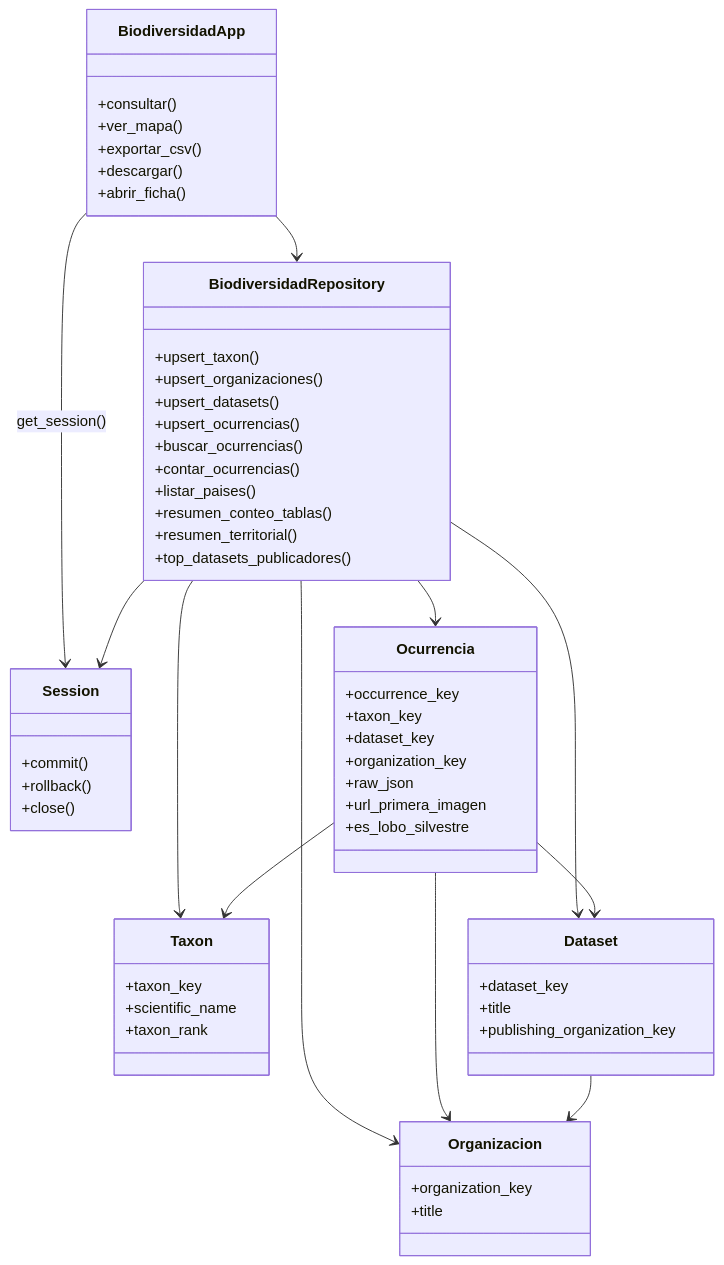
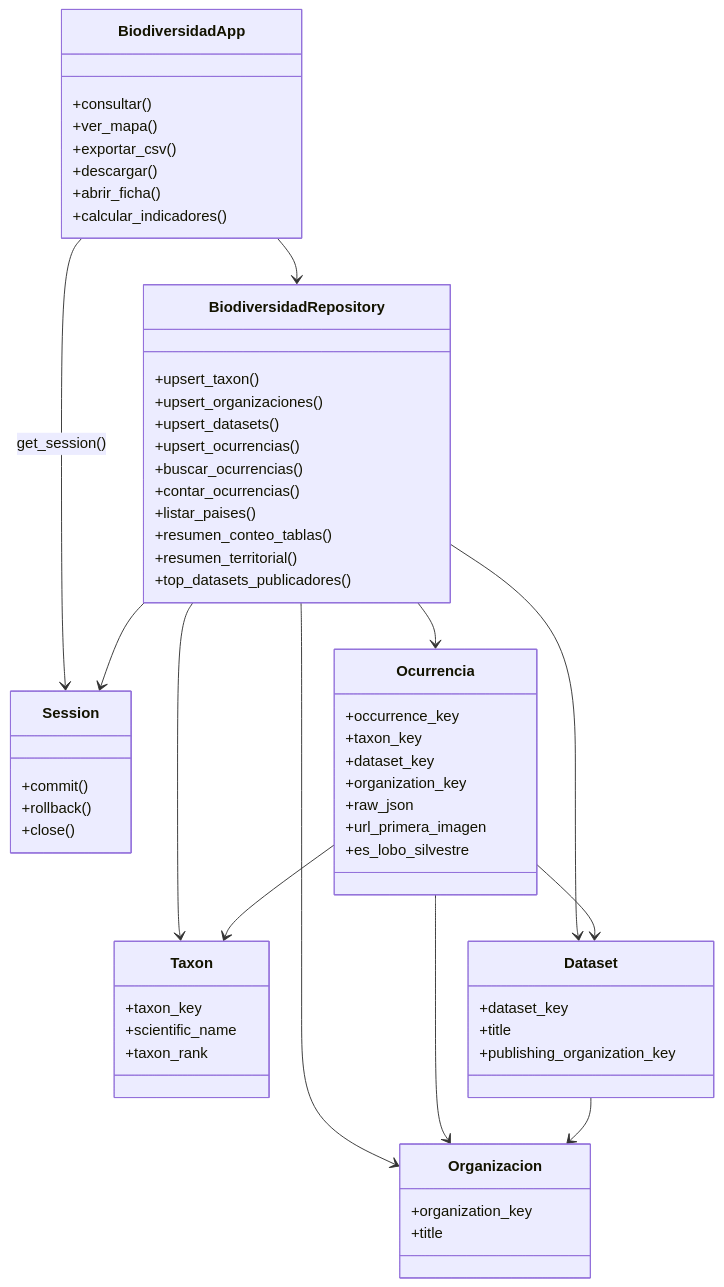
The fourth of 10 diagrams in docs/UML.md (gracobjo/biodiversidad), drawn with Mermaid before and after one commit. The commit also changed other lines of this file and 9 other files, not shown here.

````diff
--- a/docs/UML.md
+++ b/docs/UML.md
@@ -168,62 +169,63 @@
 ```mermaid
 classDiagram
   class BiodiversidadApp {
     +consultar()
     +ver_mapa()
     +exportar_csv()
     +descargar()
     +abrir_ficha()
+    +calcular_indicadores()
   }
   class Session {
     +commit()
     +rollback()
     +close()
   }
   class BiodiversidadRepository {
     +upsert_taxon()
     +upsert_organizaciones()
     +upsert_datasets()
     +upsert_ocurrencias()
     +buscar_ocurrencias()
     +contar_ocurrencias()
     +listar_paises()
     +resumen_conteo_tablas()
     +resumen_territorial()
     +top_datasets_publicadores()
   }
   class Taxon {
     +taxon_key
     +scientific_name
     +taxon_rank
   }
   class Organizacion {
     +organization_key
     +title
   }
   class Dataset {
     +dataset_key
     +title
     +publishing_organization_key
   }
   class Ocurrencia {
     +occurrence_key
     +taxon_key
     +dataset_key
     +organization_key
     +raw_json
     +url_primera_imagen
     +es_lobo_silvestre
   }
 
   BiodiversidadApp --> Session : get_session()
   BiodiversidadApp --> BiodiversidadRepository
   BiodiversidadRepository --> Session
   BiodiversidadRepository --> Taxon
   BiodiversidadRepository --> Organizacion
   BiodiversidadRepository --> Dataset
   BiodiversidadRepository --> Ocurrencia
   Ocurrencia --> Taxon
   Ocurrencia --> Dataset
   Ocurrencia --> Organizacion
   Dataset --> Organizacion
 ```
````
